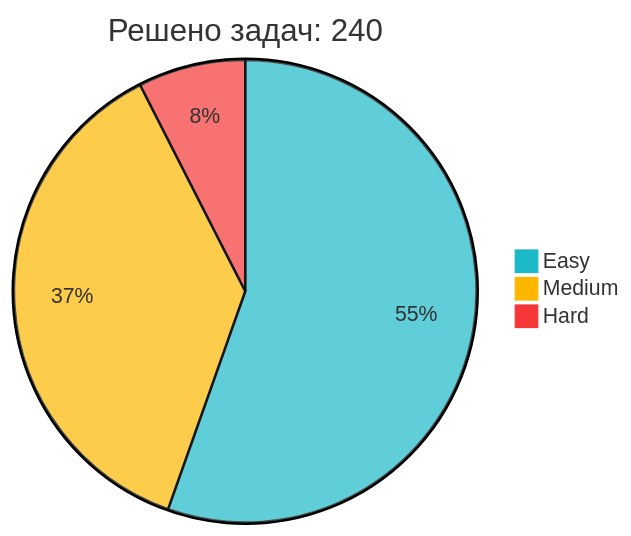
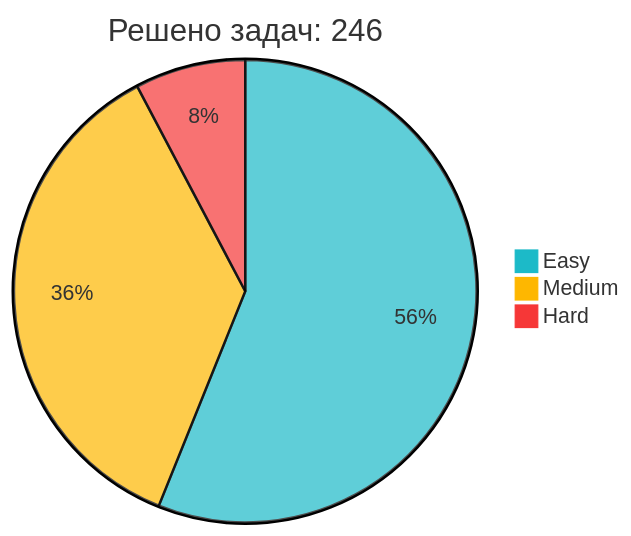
One commit to IliaKurdukov/IliaKurdukov changed the diagram in README.md. Above: the diagram before and after it, drawn with Mermaid. The commit also changed other lines of this file, not shown here.

Commit message:
📈 Обновление статистики LeetCode

````diff
--- a/README.md
+++ b/README.md
@@ -51,7 +51,7 @@
 ```mermaid
 %%{init: {'theme': 'base', 'themeVariables': { 'pie1': '#1CBAC8', 'pie2': '#FEB700', 'pie3': '#F63737' }, 'config': {'width': 300, 'height': 200}}}%%
-pie title Решено задач: 240
-   "Easy" : 133
+pie title Решено задач: 246
+   "Easy" : 138
    "Medium" : 89
-   "Hard" : 18
+   "Hard" : 19
 ```
````
